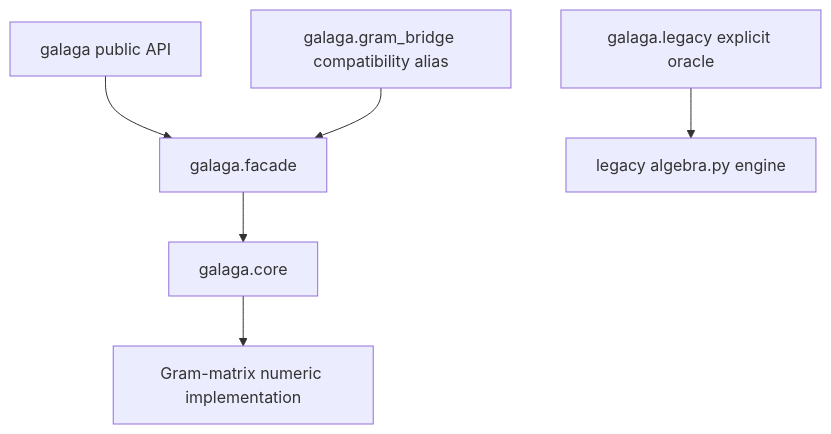
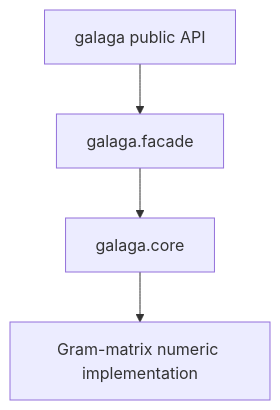
The first of 2 diagrams in docs/v2/core-cutover-plan.md (edouardp/galaga), drawn with Mermaid before and after one commit. The commit also changed other lines of this file and 41 other files, not shown here.

````diff
--- a/docs/v2/core-cutover-plan.md
+++ b/docs/v2/core-cutover-plan.md
@@ -33,8 +32,6 @@
 ```mermaid
 flowchart TD
     T[galaga public API] --> F[galaga.facade]
-    B[galaga.gram_bridge compatibility alias] --> F
-    O[galaga.legacy explicit oracle] --> L[legacy algebra.py engine]
     F --> C[galaga.core]
     C --> G[Gram-matrix numeric implementation]
 ```
````
